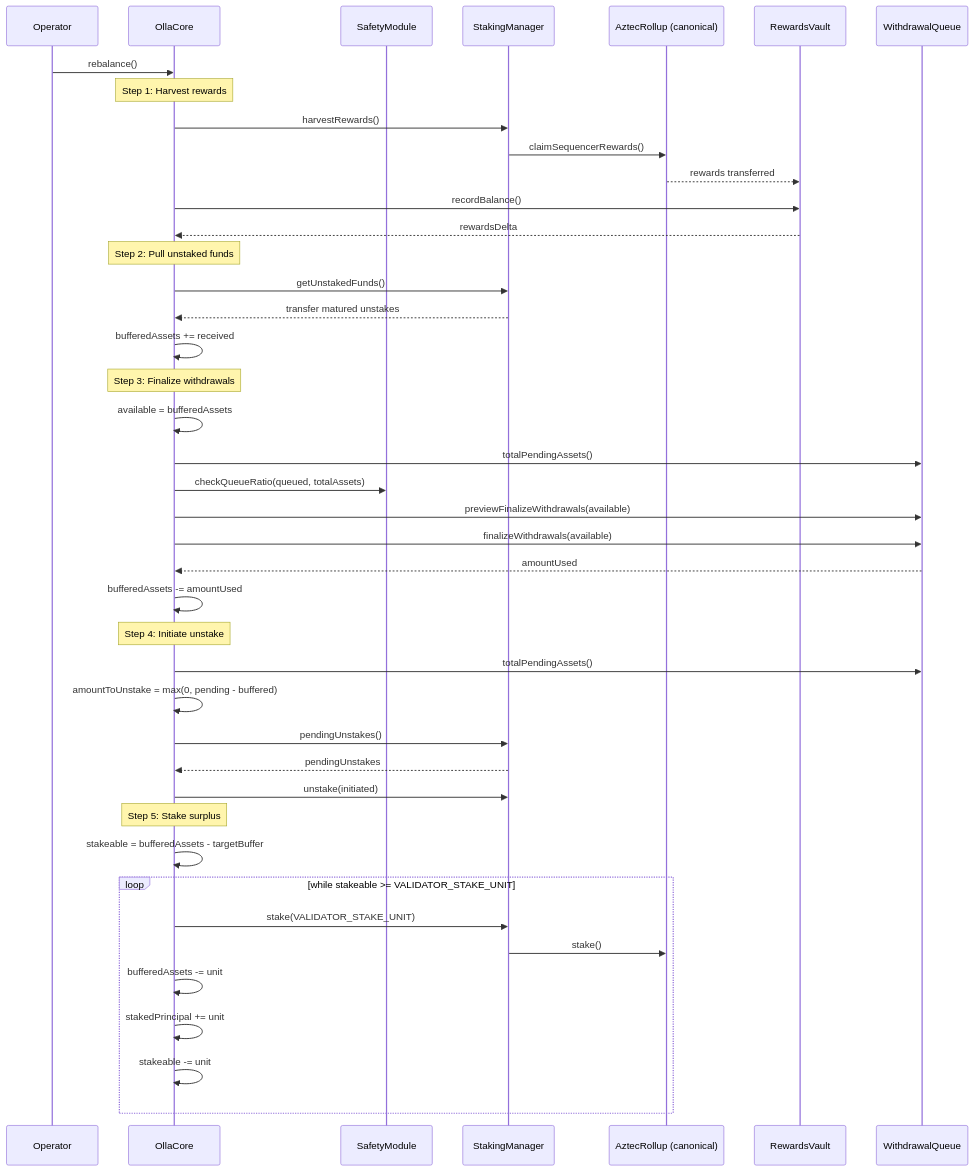
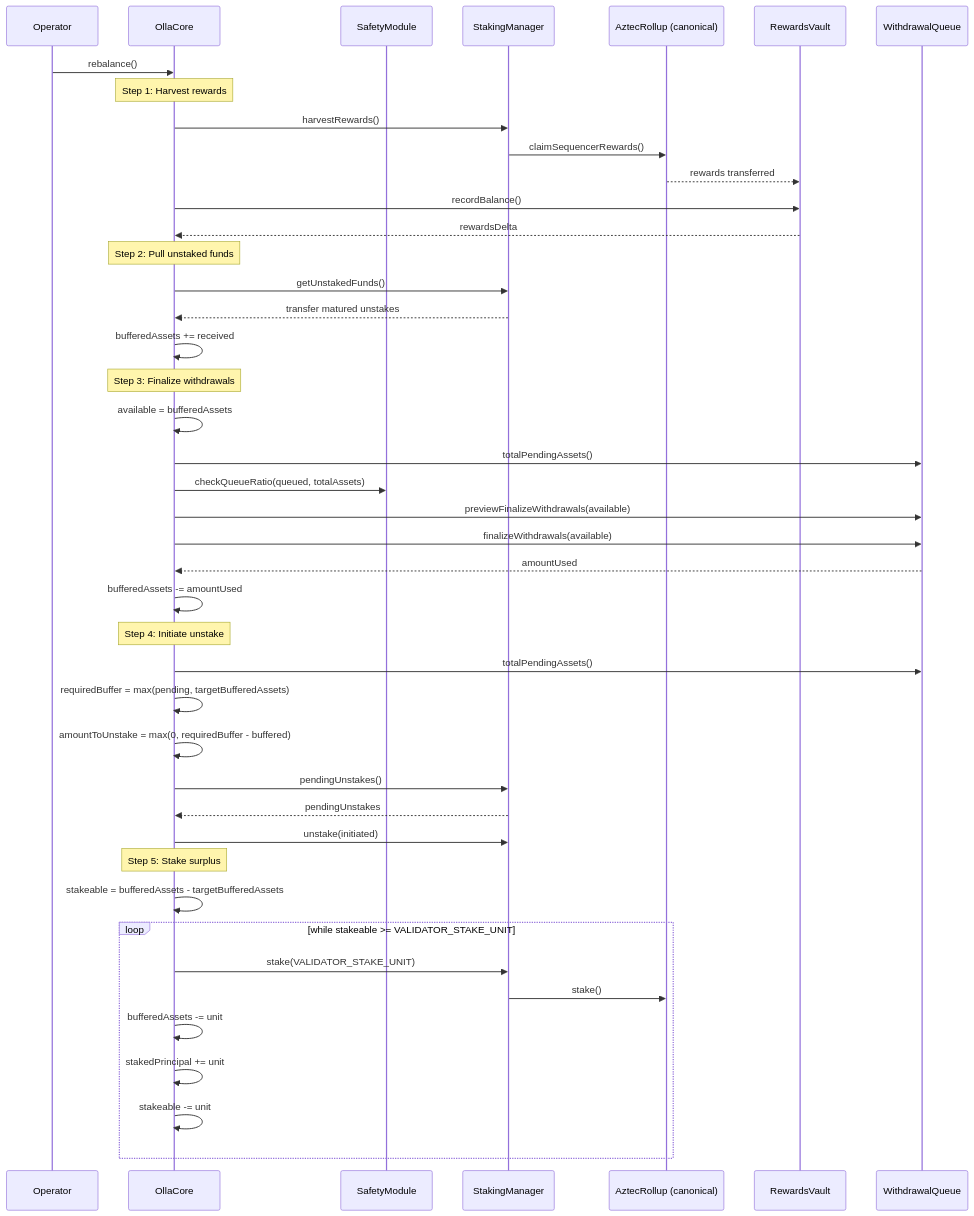
One commit to ollafinance/core changed the eighth of 9 diagrams in mermaid-diagrams.md. Above: the diagram before and after it, drawn with Mermaid. The commit also changed other lines of this file and 10 other files, not shown here.

````diff
--- a/mermaid-diagrams.md
+++ b/mermaid-diagrams.md
@@ -221,50 +262,51 @@
 ```mermaid
 sequenceDiagram
     participant OP as Operator
     participant C as OllaCore
     participant SAF as SafetyModule
     participant SM as StakingManager
     participant AR as AztecRollup (canonical)
     participant RV as RewardsVault
     participant WQ as WithdrawalQueue
 
     OP->>C: rebalance()
 
     Note over C: Step 1: Harvest rewards
     C->>SM: harvestRewards()
     SM->>AR: claimSequencerRewards()
     AR-->>RV: rewards transferred
     C->>RV: recordBalance()
     RV-->>C: rewardsDelta
 
     Note over C: Step 2: Pull unstaked funds
     C->>SM: getUnstakedFunds()
     SM-->>C: transfer matured unstakes
     C->>C: bufferedAssets += received
 
     Note over C: Step 3: Finalize withdrawals
     C->>C: available = bufferedAssets
     C->>WQ: totalPendingAssets()
     C->>SAF: checkQueueRatio(queued, totalAssets)
     C->>WQ: previewFinalizeWithdrawals(available)
     C->>WQ: finalizeWithdrawals(available)
     WQ-->>C: amountUsed
     C->>C: bufferedAssets -= amountUsed
 
     Note over C: Step 4: Initiate unstake
     C->>WQ: totalPendingAssets()
-    C->>C: amountToUnstake = max(0, pending - buffered)
+    C->>C: requiredBuffer = max(pending, targetBufferedAssets)
+    C->>C: amountToUnstake = max(0, requiredBuffer - buffered)
     C->>SM: pendingUnstakes()
     SM-->>C: pendingUnstakes
     C->>SM: unstake(initiated)
 
     Note over C: Step 5: Stake surplus
-    C->>C: stakeable = bufferedAssets - targetBuffer
+    C->>C: stakeable = bufferedAssets - targetBufferedAssets
     loop while stakeable >= VALIDATOR_STAKE_UNIT
         C->>SM: stake(VALIDATOR_STAKE_UNIT)
         SM->>AR: stake()
         C->>C: bufferedAssets -= unit
         C->>C: stakedPrincipal += unit
         C->>C: stakeable -= unit
     end
 ```
````
